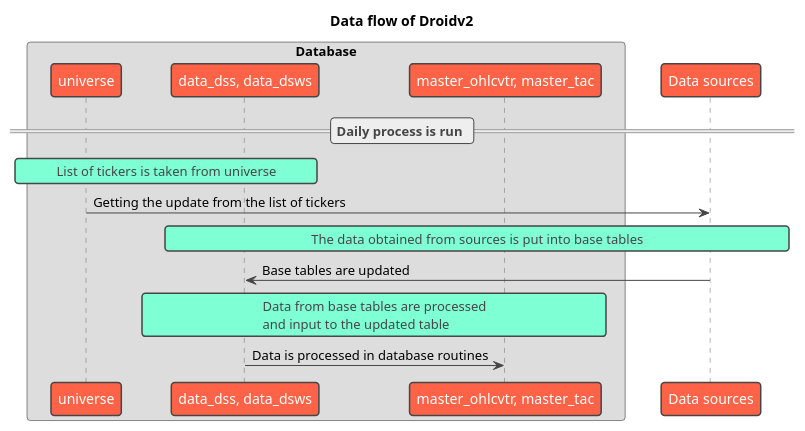
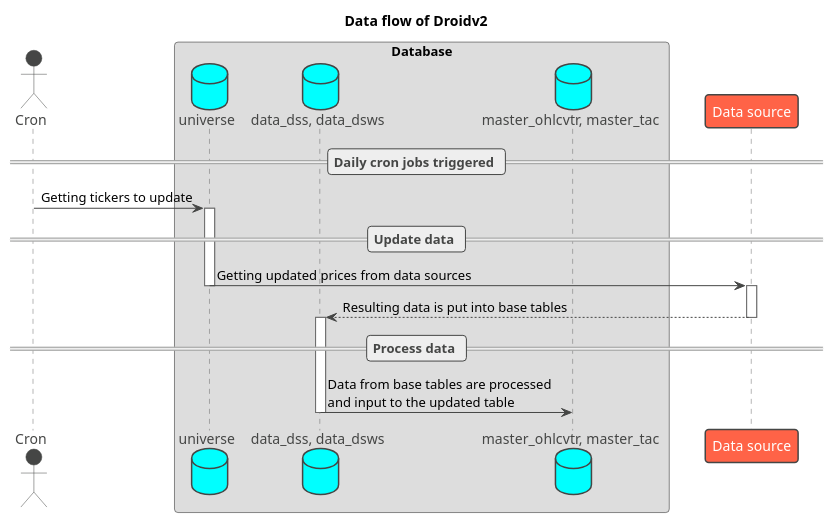
One commit to asklora/DROID_V2.1 changed the diagram in docs/all_flow.wsd. Above: the diagram before and after it, drawn with PlantUML. The commit also changed 3 other files, not shown here.

Commit message:
update flow for dsws and all flow

```diff
--- a/docs/all_flow.wsd
+++ b/docs/all_flow.wsd
@@ -1,37 +1,30 @@
 @startuml flow
 
 title "Data flow of Droidv2"
 
 !theme vibrant
 
-skinparam shadowing false
-skinparam defaultFontName Ubuntu
+skinparam Shadowing false
+skinparam DefaultFontName Ubuntu
 skinparam ParticipantPadding 20
 skinparam BoxPadding 10
 
+actor Cron
 box "Database"
-participant universe
-participant "data_dss, data_dsws" as base_tables
-participant "master_ohlcvtr, master_tac" as updated_tables
+database universe
+database "data_dss, data_dsws" as base
+database "master_ohlcvtr, master_tac" as updated
 end box
-participant "Data sources" as sources
+participant "Data source" as source
 
-== Daily process is run ==
-rnote over universe, base_tables
-List of tickers is taken from universe
-end note
-universe -> sources : Getting the update from the list of tickers
+== Daily cron jobs triggered ==
+Cron -> universe ++: Getting tickers to update
 
-rnote over base_tables, sources
-The data obtained from sources is put into base tables
-end note
-sources -> base_tables : Base tables are updated
+== Update data ==
+universe -> source --++ : Getting updated prices from data sources
+source --> base --++ : Resulting data is put into base tables
 
-
-rnote over base_tables, updated_tables
-Data from base tables are processed
-and input to the updated table
-end note
-base_tables -> updated_tables : Data is processed in database routines
+== Process data ==
+base -> updated -- : Data from base tables are processed\nand input to the updated table
 
 @enduml
```
